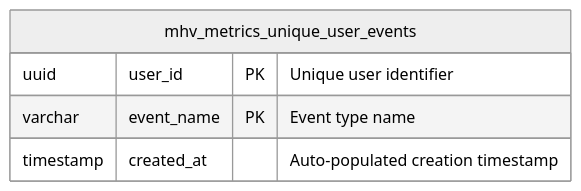
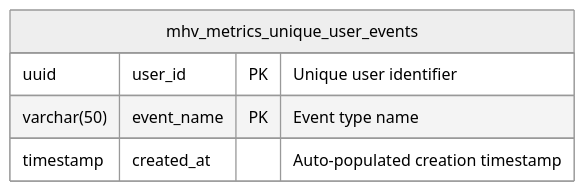
The second of 2 diagrams in products/health-care/patient-portal/mhv/2025-08-unique-user-metrics/design/README.md (department-of-veterans-affairs/va.gov-team), drawn with Mermaid (neutral theme) before and after one commit. The commit also changed other lines of this file, not shown here.

Commit message:
event name updates

````diff
--- a/products/health-care/patient-portal/mhv/2025-08-unique-user-metrics/design/README.md
+++ b/products/health-care/patient-portal/mhv/2025-08-unique-user-metrics/design/README.md
@@ -58,8 +58,8 @@
 ```mermaid
 erDiagram
     mhv_metrics_unique_user_events {
         uuid user_id PK "Unique user identifier"
-        varchar event_name PK "Event type name"
+        varchar(50) event_name PK "Event type name"
         timestamp created_at "Auto-populated creation timestamp"
     }
 ```
````
